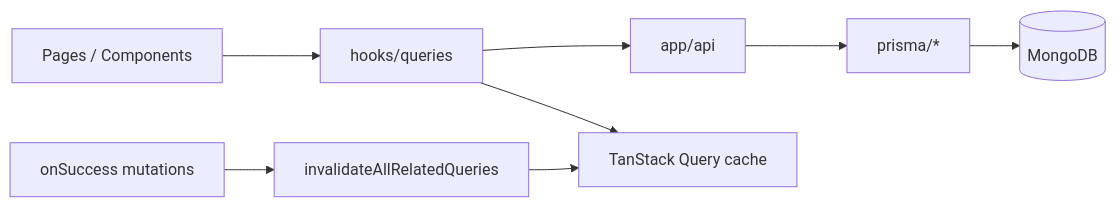
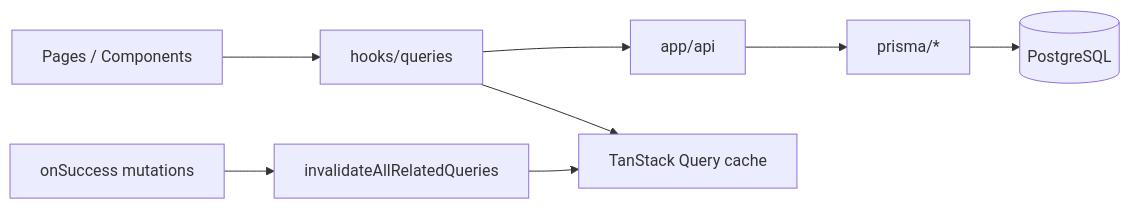
One commit to octalve-core/octalve-ims changed the first of 2 diagrams in docs/PROJECT_WALKTHROUGH.md. Above: the diagram before and after it, drawn with Mermaid. The commit also changed 11 other files, not shown here.

````diff
--- a/docs/PROJECT_WALKTHROUGH.md
+++ b/docs/PROJECT_WALKTHROUGH.md
@@ -26,10 +26,10 @@
 ```mermaid
 flowchart LR
   UI[Pages / Components] --> Hooks[hooks/queries]
   Hooks --> API[app/api]
   API --> Prisma[prisma/*]
-  Prisma --> DB[(MongoDB)]
+  Prisma --> DB[(PostgreSQL)]
   Hooks --> RQ[TanStack Query cache]
   Mutate[onSuccess mutations] --> Inv[invalidateAllRelatedQueries]
   Inv --> RQ
 ```
````
